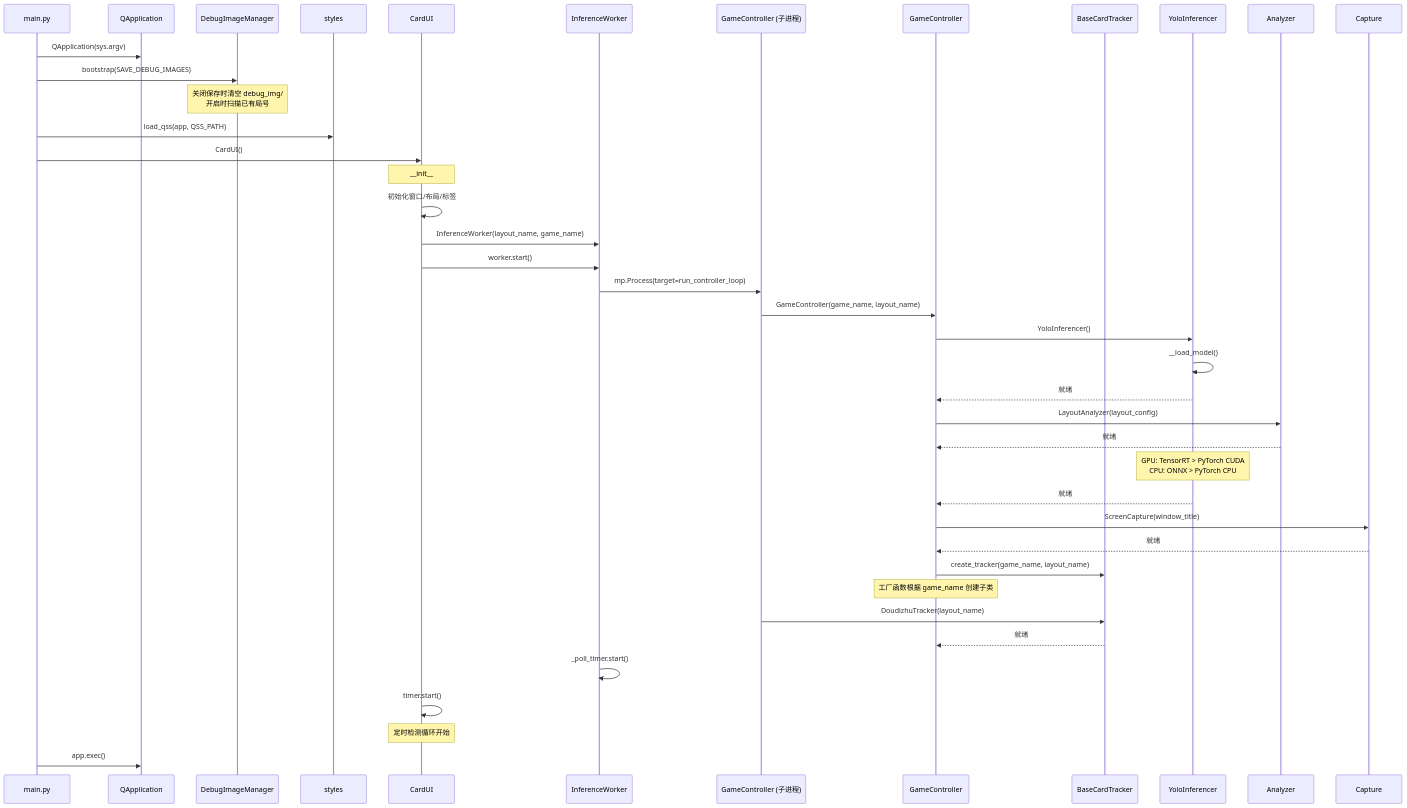
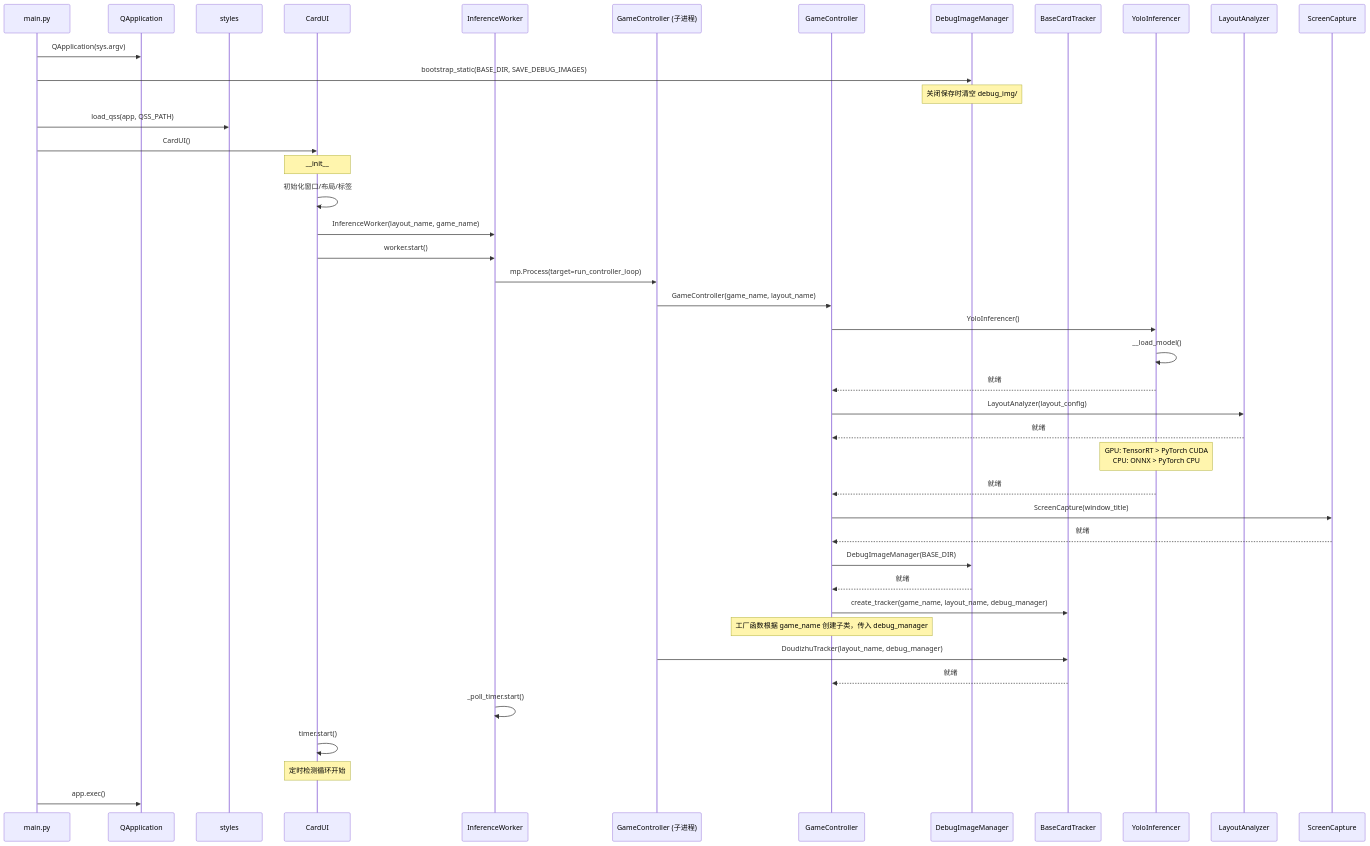
Before and after one commit to luckFan0519/han-card-tracker: the second of 6 diagrams in docs/sequence-diagram.md, drawn with Mermaid. The commit also changed other lines of this file and 10 other files, not shown here.

````diff
--- a/docs/sequence-diagram.md
+++ b/docs/sequence-diagram.md
@@ -71,45 +71,49 @@
 ```mermaid
 sequenceDiagram
     participant Main as main.py
     participant App as QApplication
-    participant DebugMgr as DebugImageManager
     participant Styles as styles
     participant UI as CardUI
     participant Worker as InferenceWorker
     participant SubProc as GameController (子进程)
     participant Controller as GameController
+    participant DebugMgr as DebugImageManager
     participant Tracker as BaseCardTracker
     participant Detector as YoloInferencer
+    participant Analyzer as LayoutAnalyzer
+    participant Capture as ScreenCapture
 
     Main->>App: QApplication(sys.argv)
-    Main->>DebugMgr: bootstrap(SAVE_DEBUG_IMAGES)
-    Note over DebugMgr: 关闭保存时清空 debug_img/<br/>开启时扫描已有局号
+    Main->>DebugMgr: bootstrap_static(BASE_DIR, SAVE_DEBUG_IMAGES)
+    Note over DebugMgr: 关闭保存时清空 debug_img/
     Main->>Styles: load_qss(app, QSS_PATH)
     Main->>UI: CardUI()
 
     Note over UI: __init__
     UI->>UI: 初始化窗口/布局/标签
     UI->>Worker: InferenceWorker(layout_name, game_name)
     UI->>Worker: worker.start()
 
     Worker->>SubProc: mp.Process(target=run_controller_loop)
     SubProc->>Controller: GameController(game_name, layout_name)
     Controller->>Detector: YoloInferencer()
     Detector->>Detector: __load_model()
     Detector-->>Controller: 就绪
     Controller->>Analyzer: LayoutAnalyzer(layout_config)
     Analyzer-->>Controller: 就绪
     Note over Detector: GPU: TensorRT > PyTorch CUDA<br/>CPU: ONNX > PyTorch CPU
     Detector-->>Controller: 就绪
     Controller->>Capture: ScreenCapture(window_title)
     Capture-->>Controller: 就绪
-    Controller->>Tracker: create_tracker(game_name, layout_name)
-    Note over Controller: 工厂函数根据 game_name 创建子类
-    SubProc->>Tracker: DoudizhuTracker(layout_name)
+    Controller->>DebugMgr: DebugImageManager(BASE_DIR)
+    DebugMgr-->>Controller: 就绪
+    Controller->>Tracker: create_tracker(game_name, layout_name, debug_manager)
+    Note over Controller: 工厂函数根据 game_name 创建子类，传入 debug_manager
+    SubProc->>Tracker: DoudizhuTracker(layout_name, debug_manager)
     Tracker-->>Controller: 就绪
 
     Worker->>Worker: _poll_timer.start()
     UI->>UI: timer.start()
     Note over UI: 定时检测循环开始
     Main->>App: app.exec()
 ```
````
